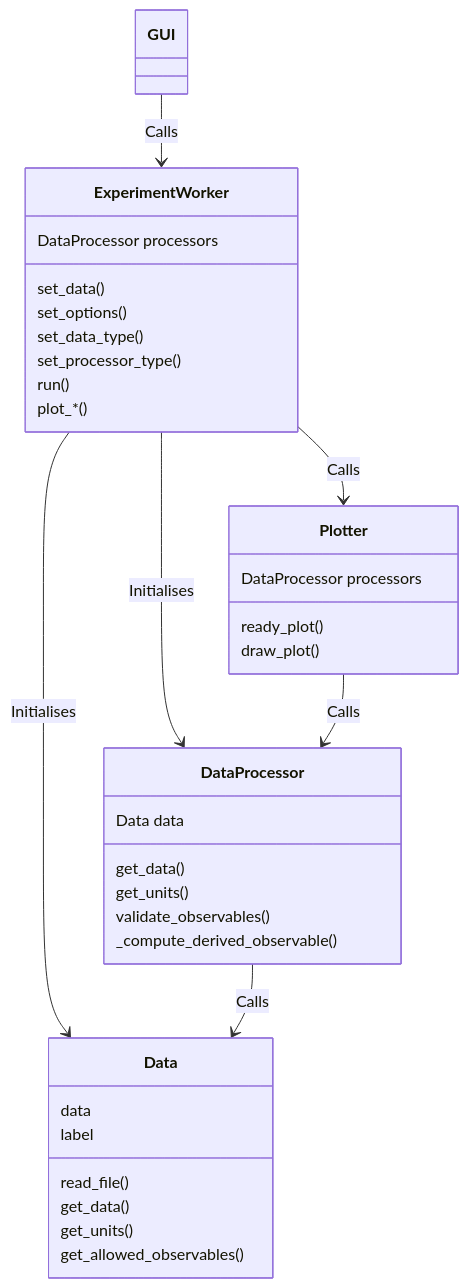
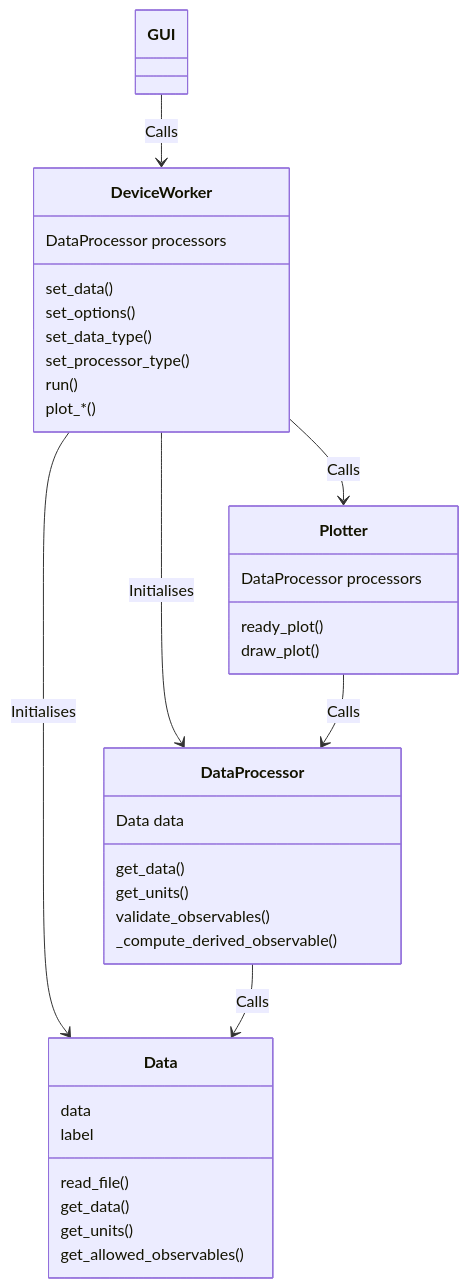
One commit to Allyson-Robert/X-LAB_Plotting_Manager changed the first of 5 diagrams in README.md. Above: the diagram before and after it, drawn with Mermaid. The commit also changed other lines of this file and 18 other files, not shown here.

````diff
--- a/README.md
+++ b/README.md
@@ -98,39 +98,39 @@
 ```mermaid
 classDiagram
-GUI --> ExperimentWorker: Calls
-class ExperimentWorker{
+GUI --> DeviceWorker: Calls
+class DeviceWorker{
     DataProcessor processors
     set_data()
     set_options()
     set_data_type()
     set_processor_type()
     run()
     plot_*()
 }
 class Plotter{
     DataProcessor processors
     ready_plot()
     draw_plot()
 }
 class DataProcessor{
     Data data
     get_data()
     get_units()
     validate_observables()
     _compute_derived_observable()
 }
 class Data{
     data
     label
     read_file()
     get_data()
     get_units()
     get_allowed_observables()
 }
 
-ExperimentWorker --> Data: Initialises
-ExperimentWorker --> Plotter: Calls
-ExperimentWorker --> DataProcessor: Initialises
+DeviceWorker --> Data: Initialises
+DeviceWorker --> Plotter: Calls
+DeviceWorker --> DataProcessor: Initialises
 Plotter --> DataProcessor: Calls
 DataProcessor --> Data: Calls
 ```
````
